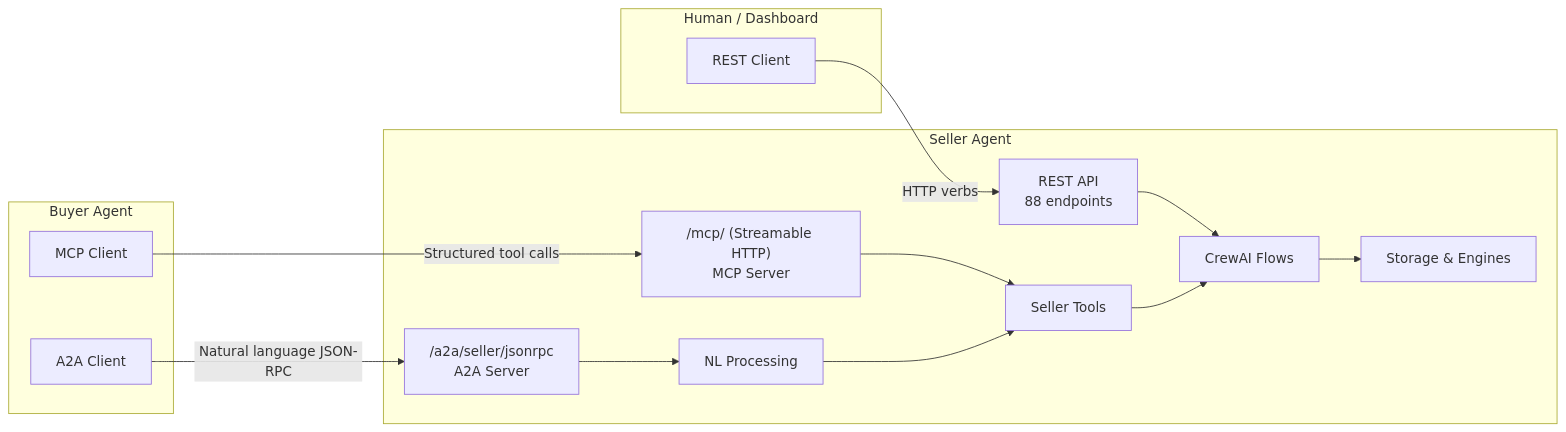
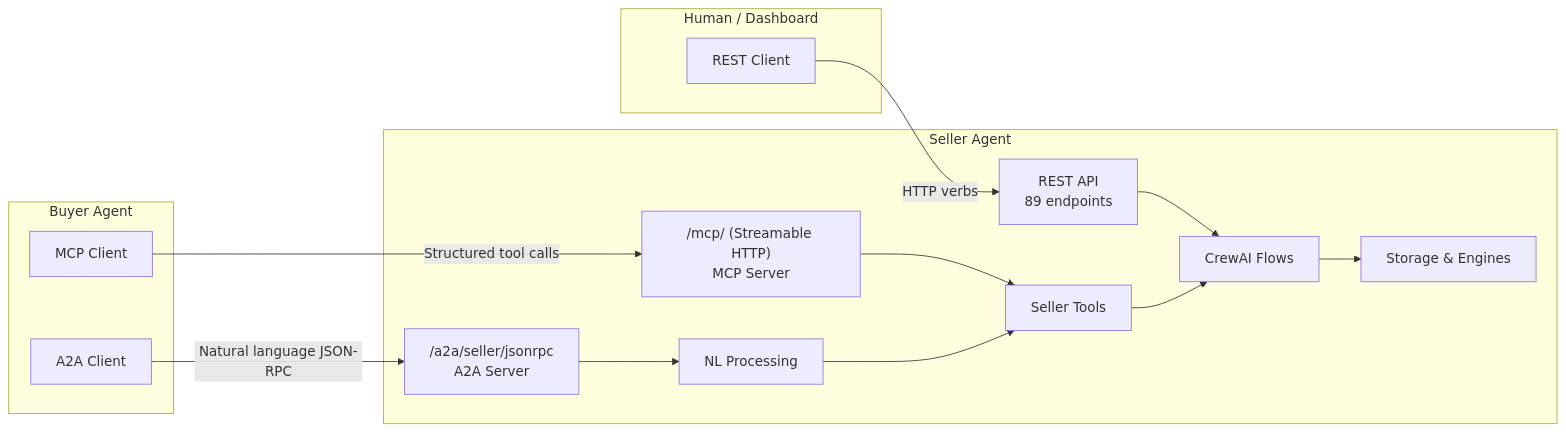
One commit to IABTechLab/seller-agent changed the first of 3 diagrams in docs/architecture/overview.md. Above: the diagram before and after it, drawn with Mermaid. The commit also changed other lines of this file and 6 other files, not shown here.

````diff
--- a/docs/architecture/overview.md
+++ b/docs/architecture/overview.md
@@ -9,32 +9,32 @@
 ```mermaid
 graph LR
     subgraph "Buyer Agent"
         MCP_C[MCP Client]
         A2A_C[A2A Client]
     end
 
     subgraph "Human / Dashboard"
         REST_C[REST Client]
     end
 
     subgraph "Seller Agent"
         MCP_S["/mcp/ (Streamable HTTP)<br/>MCP Server"]
         A2A_S["/a2a/seller/jsonrpc<br/>A2A Server"]
-        REST_S["REST API<br/>88 endpoints"]
+        REST_S["REST API<br/>89 endpoints"]
         NLP[NL Processing]
         TOOLS[Seller Tools]
         FLOWS[CrewAI Flows]
         INFRA[Storage & Engines]
     end
 
     MCP_C -->|Structured tool calls| MCP_S
     A2A_C -->|Natural language JSON-RPC| A2A_S
     REST_C -->|HTTP verbs| REST_S
 
     MCP_S --> TOOLS
     A2A_S --> NLP --> TOOLS
     REST_S --> FLOWS
 
     TOOLS --> FLOWS
     FLOWS --> INFRA
 ```
````
